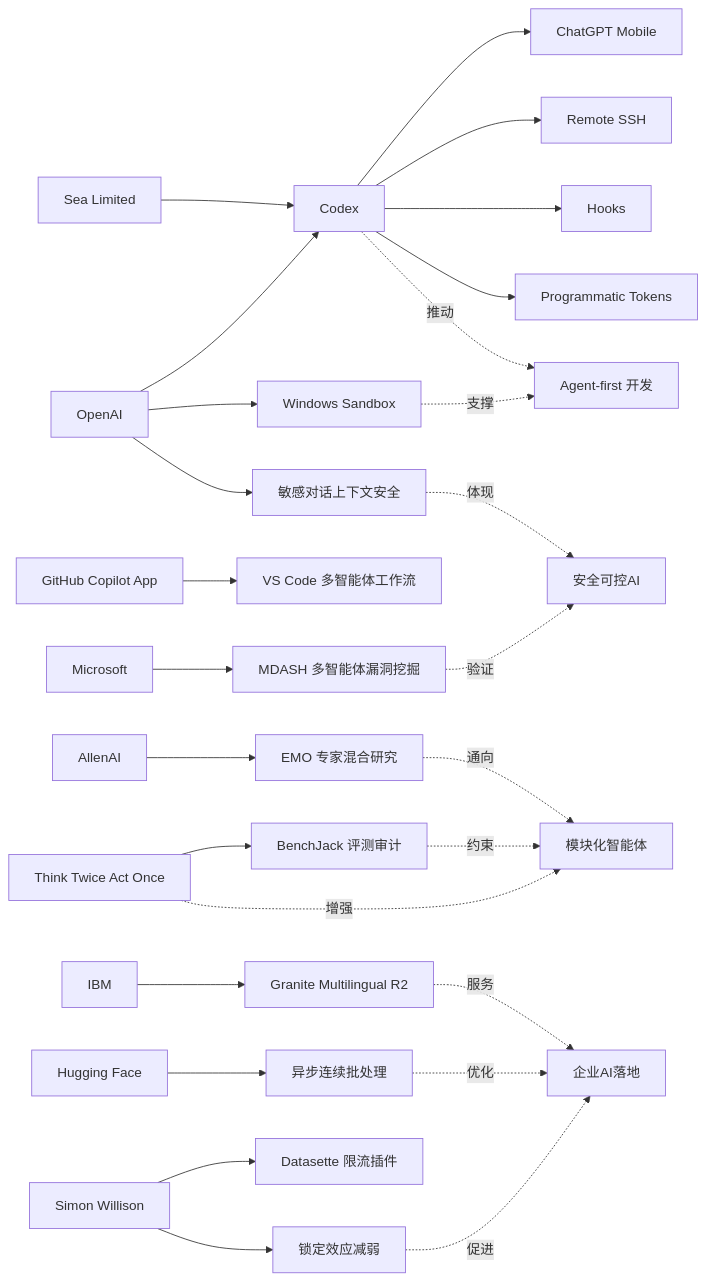
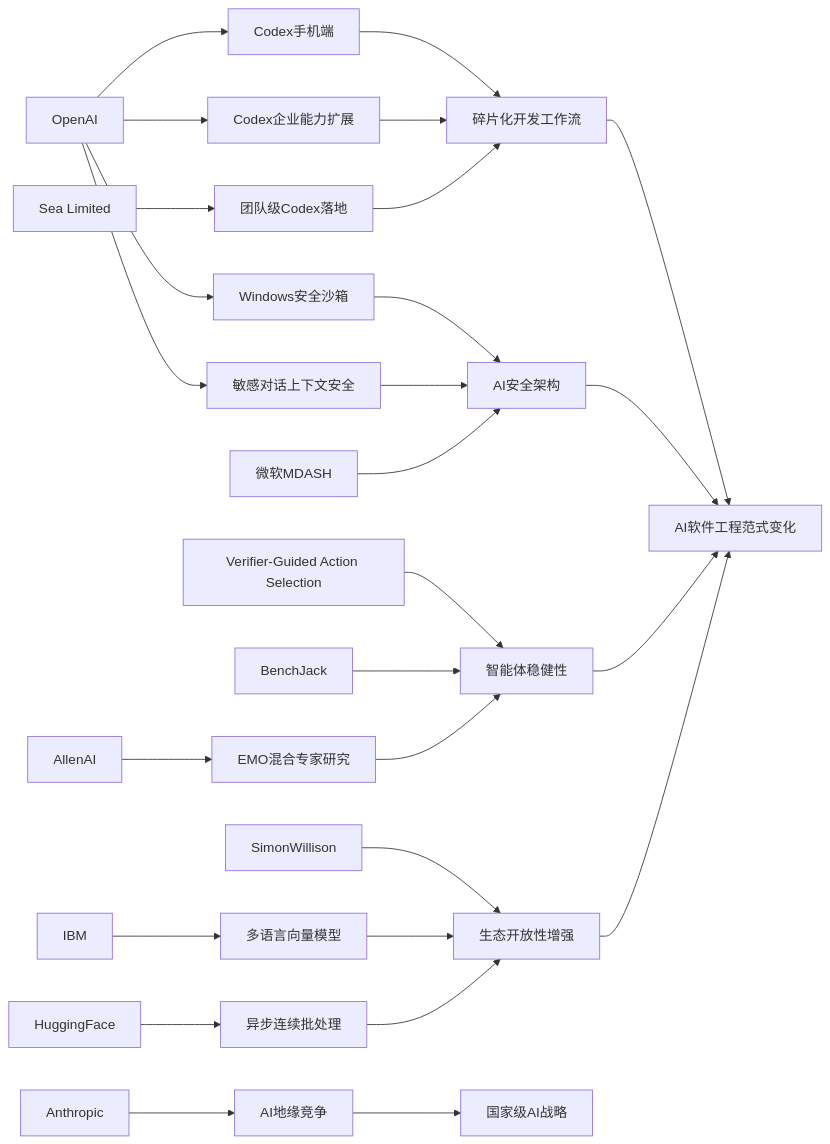
One commit to zhuxinfei/ai-daily-site changed the diagram in content/cn/2026/2026-05/2026-05-15.md. Above: the diagram before and after it, drawn with Mermaid. The commit also changed other lines of this file, not shown here.

````diff
--- a/content/cn/2026/2026-05/2026-05-15.md
+++ b/content/cn/2026/2026-05/2026-05-15.md
@@ -110,65 +118,35 @@
 ```mermaid
 graph LR
-    OpenAI[OpenAI]
-    Codex[Codex]
-    ChatGPT[ChatGPT Mobile]
-    SSH[Remote SSH]
-    Hooks[Hooks]
-    Tokens[Programmatic Tokens]
-    WinSandbox[Windows Sandbox]
-    Safety[敏感对话上下文安全]
-    Sea[Sea Limited]
-    Copilot[GitHub Copilot App]
-    VSCode[VS Code 多智能体工作流]
+    OpenAI --> CodexMobile[Codex手机端]
+    OpenAI --> CodexEnterprise[Codex企业能力扩展]
+    OpenAI --> WindowsSandbox[Windows安全沙箱]
+    OpenAI --> SafetyContext[敏感对话上下文安全]
 
-    Microsoft[Microsoft]
-    MDASH[MDASH 多智能体漏洞挖掘]
+    CodexMobile --> DevWorkflow[碎片化开发工作流]
+    CodexEnterprise --> DevWorkflow
+    Sea[Sea Limited] --> CodexAdoption[团队级Codex落地]
+    CodexAdoption --> DevWorkflow
 
-    AllenAI[AllenAI]
-    EMO[EMO 专家混合研究]
+    WindowsSandbox --> AISafety[AI安全架构]
+    SafetyContext --> AISafety
+    Microsoft[微软MDASH] --> AISafety
 
-    Verifier[Think Twice Act Once]
-    BenchJack[BenchJack 评测审计]
+    AllenAI --> EMO[EMO混合专家研究]
+    VerifierPaper[Verifier-Guided Action Selection] --> AgentReliability[智能体稳健性]
+    BenchJack --> AgentReliability
+    EMO --> AgentReliability
 
-    IBM[IBM]
-    Granite[Granite Multilingual R2]
+    IBM --> Granite[多语言向量模型]
+    HuggingFace --> AsyncBatching[异步连续批处理]
+    SimonWillison --> OpenEcosystem[生态开放性增强]
+    Granite --> OpenEcosystem
+    AsyncBatching --> OpenEcosystem
 
-    HF[Hugging Face]
-    AsyncBatch[异步连续批处理]
+    Anthropic --> Geopolitics[AI地缘竞争]
+    Geopolitics --> AIStrategy[国家级AI战略]
 
-    Simon[Simon Willison]
-    Datasette[Datasette 限流插件]
-    Lockin[锁定效应减弱]
-
-    OpenAI --> Codex
-    Codex --> ChatGPT
-    Codex --> SSH
-    Codex --> Hooks
-    Codex --> Tokens
-    OpenAI --> WinSandbox
-    OpenAI --> Safety
-    Sea --> Codex
-    Copilot --> VSCode
-
-    Microsoft --> MDASH
-
-    AllenAI --> EMO
-    Verifier --> BenchJack
-
-    IBM --> Granite
-    HF --> AsyncBatch
-
-    Simon --> Datasette
-    Simon --> Lockin
-
-    Codex -.推动.-> AgentDev[Agent-first 开发]
-    WinSandbox -.支撑.-> AgentDev
-    Safety -.体现.-> Trust[安全可控AI]
-    MDASH -.验证.-> Trust
-    EMO -.通向.-> Modular[模块化智能体]
-    Verifier -.增强.-> Modular
-    BenchJack -.约束.-> Modular
-    Granite -.服务.-> Enterprise[企业AI落地]
-    AsyncBatch -.优化.-> Enterprise
-    Lockin -.促进.-> Enterprise
+    DevWorkflow --> IndustryShift[AI软件工程范式变化]
+    AISafety --> IndustryShift
+    AgentReliability --> IndustryShift
+    OpenEcosystem --> IndustryShift
 ```
````
